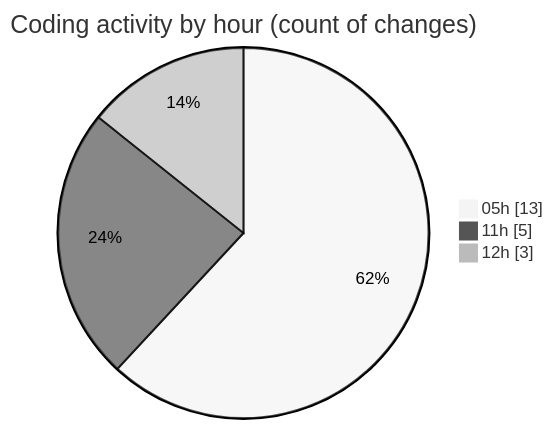
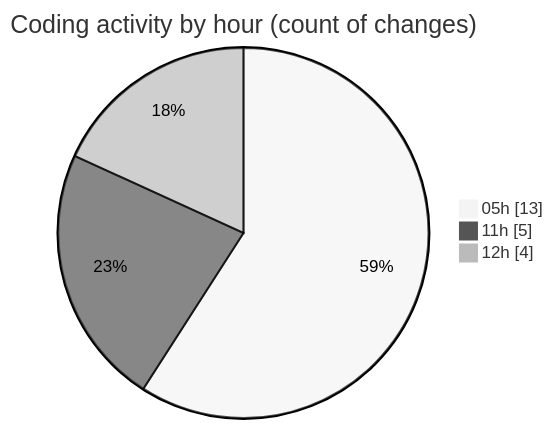
The second of 2 diagrams in 2025-09-10/hiai-phf/README.md (lephambinh05/code-tracking), drawn with Mermaid (neutral theme) before and after one commit. The commit also changed other lines of this file and 1 other file, not shown here.

````diff
--- a/2025-09-10/hiai-phf/README.md
+++ b/2025-09-10/hiai-phf/README.md
@@ -36,7 +37,7 @@
 ```mermaid
 pie showData
 title Coding activity by hour (count of changes)
 "05h" : 13
 "11h" : 5
-"12h" : 3
+"12h" : 4
 ```
````
